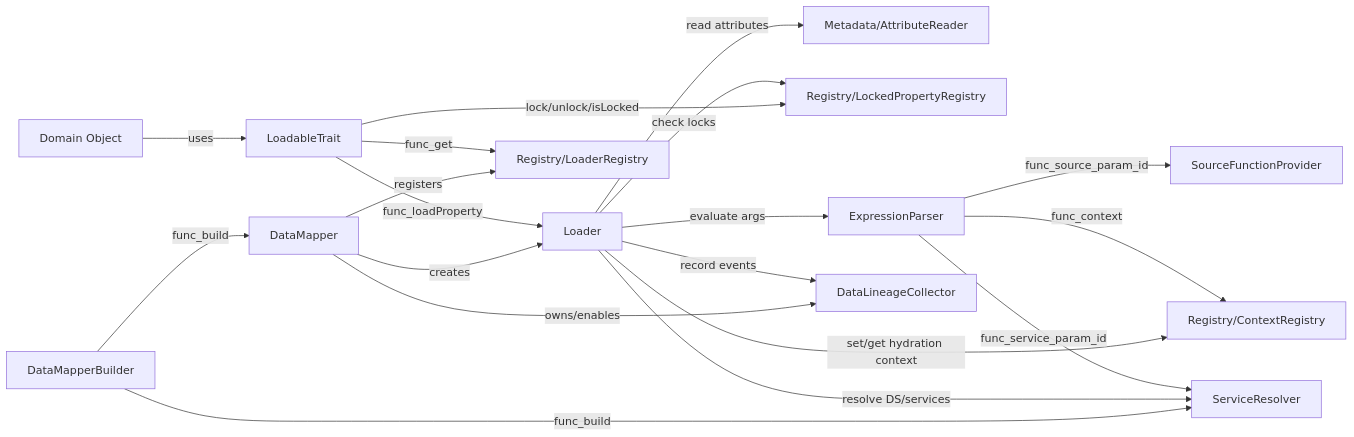
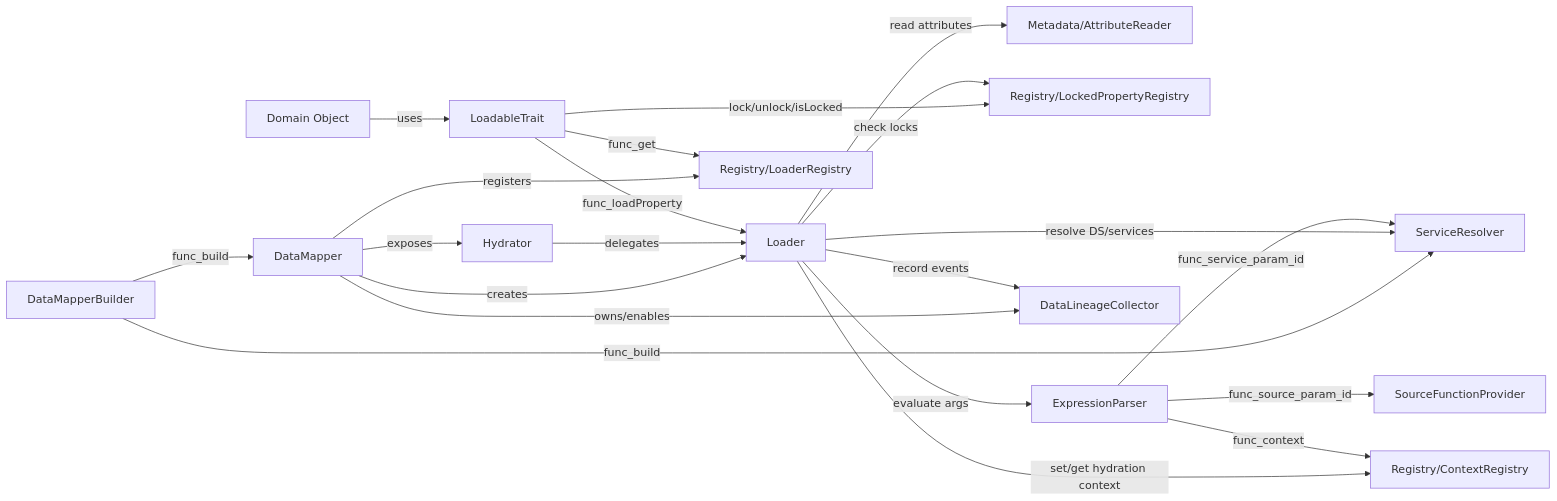
The diagram in docs/architecture/FR/components.mermaid.md (kassko/data-mapper), drawn with Mermaid before and after one commit. The commit also changed other lines of this file and 4 other files, not shown here.

Commit message:
Update architecture docs to reflect new exposed Hydrator API

````diff
--- a/docs/architecture/FR/components.mermaid.md
+++ b/docs/architecture/FR/components.mermaid.md
@@ -33,50 +36,55 @@
 ```mermaid
 flowchart LR
   %% Main facade
   Builder[DataMapperBuilder]
   DM[DataMapper]
+
+  %% API d’hydratation orientée utilisateur
+  Hydrator[Hydrator]
 
   %% Core execution
   Loader[Loader]
   Attr[Metadata/AttributeReader]
   Resolver[ServiceResolver]
 
   %% Domain integration
   Domain[Domain Object]
   Loadable[LoadableTrait]
 
   %% Registries
   LoaderReg[Registry/LoaderRegistry]
   CtxReg[Registry/ContextRegistry]
   LockReg[Registry/LockedPropertyRegistry]
 
   %% Expressions
   Expr[ExpressionParser]
   SourceFP[SourceFunctionProvider]
 
   %% Observability
   Lineage[DataLineageCollector]
 
   %% Wiring
   Builder -->|func_build| Resolver
   Builder -->|func_build| DM
   DM -->|creates| Loader
+  DM -->|exposes| Hydrator
+  Hydrator -->|delegates| Loader
   DM -->|registers| LoaderReg
   DM -->|owns/enables| Lineage
 
   Domain -->|uses| Loadable
   Loadable -->|func_get| LoaderReg
   Loadable -->|func_loadProperty| Loader
   Loadable -->|lock/unlock/isLocked| LockReg
 
   Loader -->|read attributes| Attr
   Loader -->|resolve DS/services| Resolver
   Loader -->|evaluate args| Expr
   Loader -->|set/get hydration context| CtxReg
   Loader -->|check locks| LockReg
   Loader -->|record events| Lineage
 
   Expr -->|func_context| CtxReg
   Expr -->|func_source_param_id| SourceFP
   Expr -->|func_service_param_id| Resolver
 ```
````
